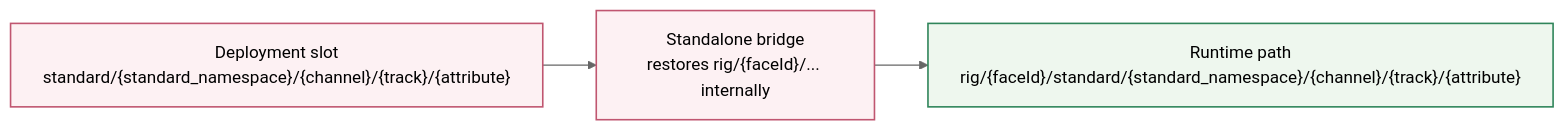
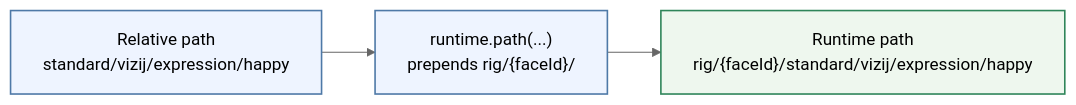
The second of 2 diagrams in current_documentation/guidebook/control/paths-and-standard-controls.md (vizij-ai/vizij-docs), drawn with Mermaid (neutral theme) before and after one commit. The commit also changed other lines of this file and 6 other files, not shown here.

````diff
--- a/current_documentation/guidebook/control/paths-and-standard-controls.md
+++ b/current_documentation/guidebook/control/paths-and-standard-controls.md
@@ -230,10 +242,10 @@
 ```mermaid
 flowchart LR
     classDef runtime fill:#eef7ee,stroke:#2f855a,stroke-width:1.5px
-    classDef deploy fill:#fdf1f3,stroke:#c05670,stroke-width:1.5px
+    classDef app fill:#eef4ff,stroke:#4e79a7,stroke-width:1.5px
 
-    slot["Deployment slot\nstandard/{standard_namespace}/{channel}/{track}/{attribute}"] --> bridge["Standalone bridge\nrestores rig/{faceId}/... internally"] --> std["Runtime path\nrig/{faceId}/standard/{standard_namespace}/{channel}/{track}/{attribute}"]
+    rel["Relative path\nstandard/vizij/expression/happy"] --> path["runtime.path(...)\nprepends rig/{faceId}/"] --> std["Runtime path\nrig/{faceId}/standard/vizij/expression/happy"]
 
-    class slot,bridge deploy
+    class rel,path app
     class std runtime
 ```
````
